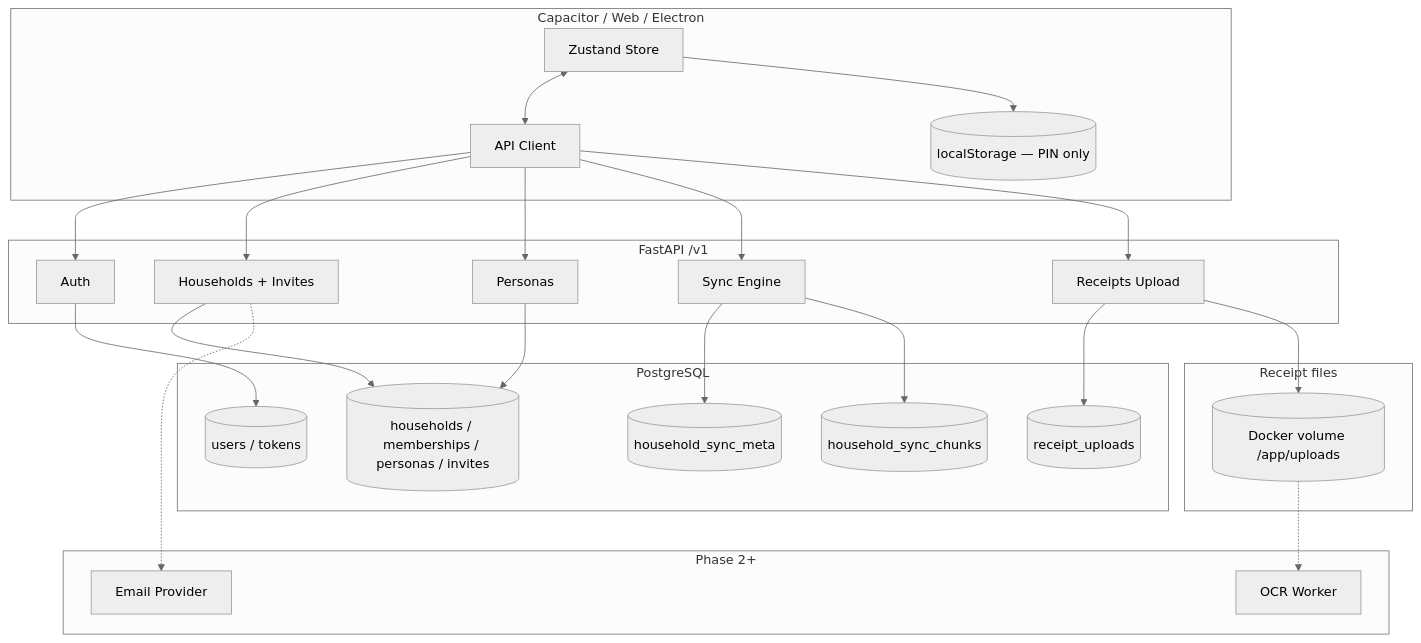
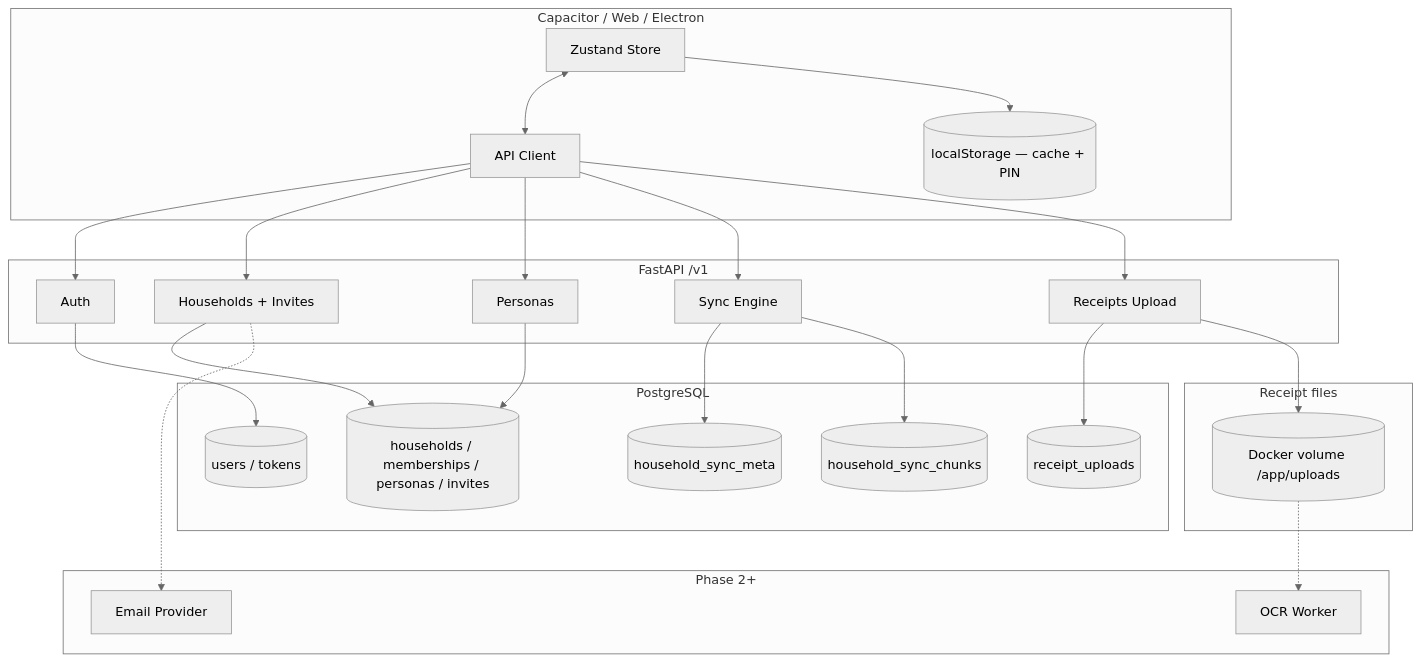
The diagram in budgii-api/ROADMAP.md (mjmaxidev/budgii), drawn with Mermaid (neutral theme) before and after one commit. The commit also changed other lines of this file and 5 other files, not shown here.

Commit message:
Resolve viewer receipt scope and roadmap drift

````diff
--- a/budgii-api/ROADMAP.md
+++ b/budgii-api/ROADMAP.md
@@ -377,44 +377,44 @@
 ```mermaid
 flowchart TB
   subgraph client [Capacitor / Web / Electron]
     ZS[Zustand Store]
     API[API Client]
-    LS[(localStorage — PIN only)]
+    LS[(localStorage — cache + PIN)]
   end
 
   subgraph fastapi [FastAPI /v1]
     AUTH[Auth]
     HH[Households + Invites]
     PER[Personas]
     SYNC[Sync Engine]
     RCP[Receipts Upload]
   end
 
   subgraph postgres [PostgreSQL]
     USERS[(users / tokens)]
     REL[(households / memberships / personas / invites)]
     SYNC_META[(household_sync_meta)]
     CHUNKS[(household_sync_chunks)]
     RUP[(receipt_uploads)]
   end
 
   subgraph storage [Receipt files]
     VOL[(Docker volume /app/uploads)]
   end
 
   subgraph phase2 [Phase 2+]
     OCR[OCR Worker]
     EMAIL[Email Provider]
   end
 
   ZS <--> API
   API --> AUTH & HH & PER & SYNC & RCP
   AUTH --> USERS
   HH & PER --> REL
   SYNC --> SYNC_META & CHUNKS
   RCP --> RUP
   RCP --> VOL
   VOL -.-> OCR
   HH -.-> EMAIL
   ZS --> LS
 ```
````
